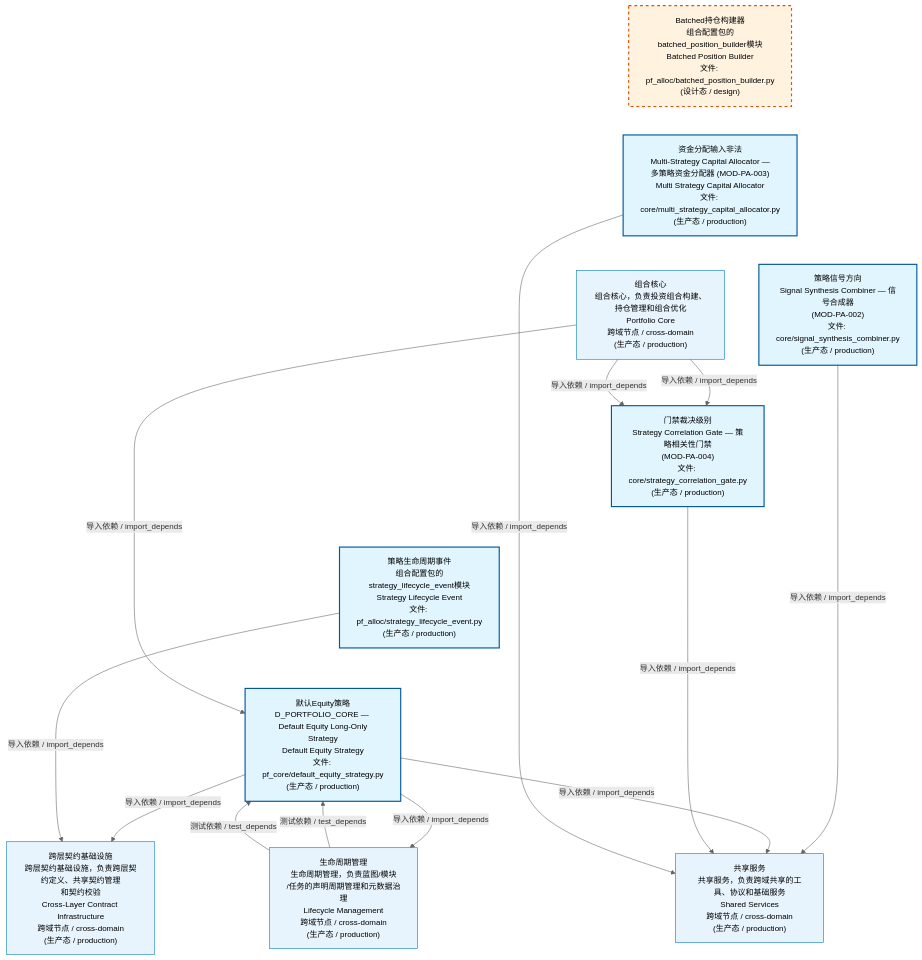
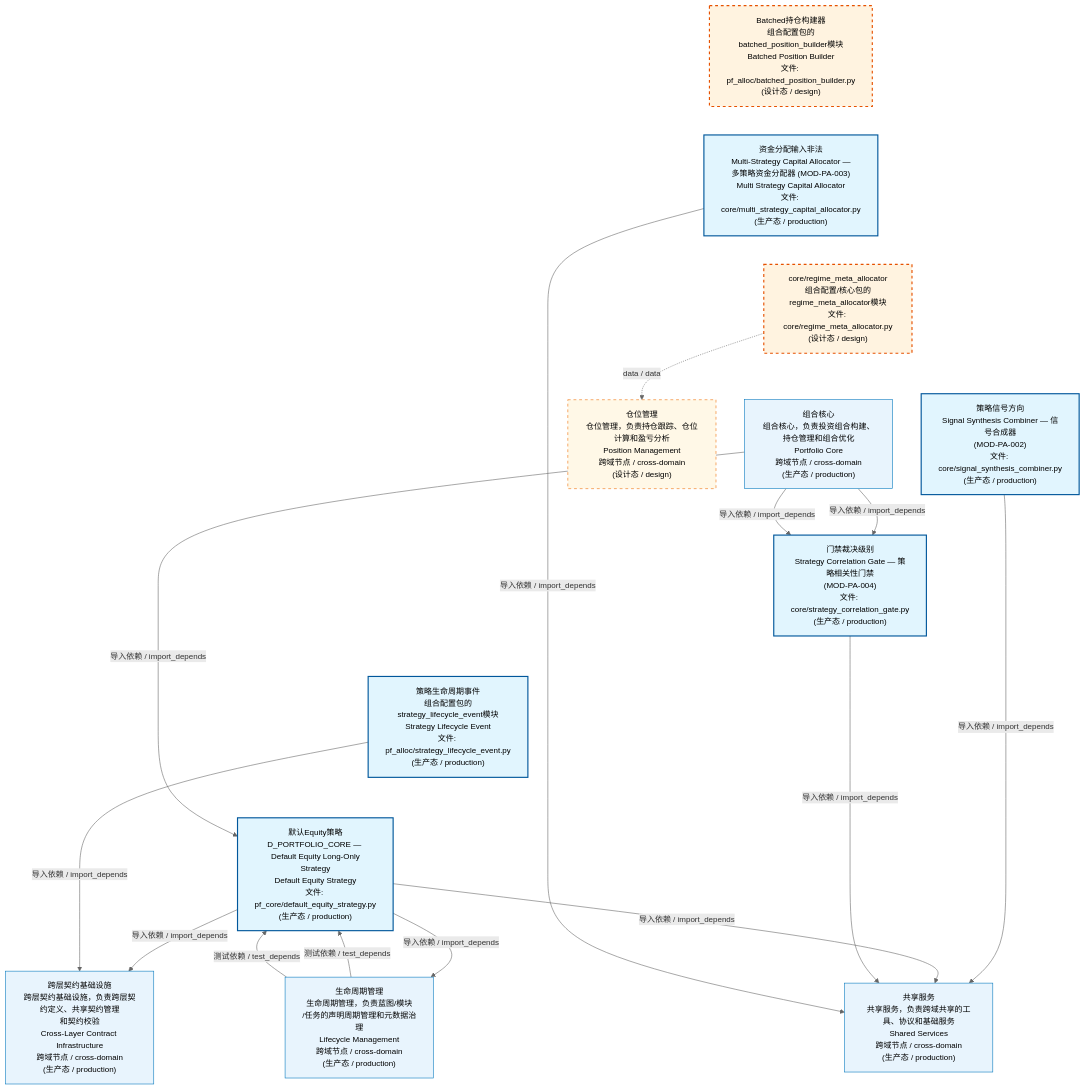
The first of 4 diagrams in docs/02_enterprise_architecture/02_domain_architecture_docs/62_d_pf_alloc.md (xuanFelixVan/ZephyrAlpha), drawn with Mermaid before and after one commit. The commit also changed other lines of this file and 94 other files, not shown here.

````diff
--- a/docs/02_enterprise_architecture/02_domain_architecture_docs/62_d_pf_alloc.md
+++ b/docs/02_enterprise_architecture/02_domain_architecture_docs/62_d_pf_alloc.md
@@ -53,38 +53,43 @@
 ```mermaid
 %%{init: {'theme': 'base', 'themeVariables': {'primaryColor': '#eaeaea', 'primaryTextColor': '#333333', 'primaryBorderColor': '#666666', 'lineColor': '#666666', 'secondaryColor': '#eaeaea', 'tertiaryColor': '#eaeaea', 'fontSize': '14px'}}}%%
 flowchart TD
     src_zephyr_pf_alloc_batched_position_builder_py["Batched持仓构建器<br/>组合配置包的batched_position_builder模块<br/>Batched Position Builder<br/>文件: pf_alloc/batched_position_builder.py<br/>(设计态 / design)"]
     src_zephyr_pf_alloc_core_multi_strategy_capital_allocator_py["资金分配输入非法<br/>Multi-Strategy Capital Allocator —<br/>多策略资金分配器 (MOD-PA-003)<br/>Multi Strategy Capital Allocator<br/>文件: core/multi_strategy_capital_allocator.py<br/>(生产态 / production)"]
+    src_zephyr_pf_alloc_core_regime_meta_allocator_py["core/regime_meta_allocator<br/>组合配置/核心包的regime_meta_allocator模块<br/>文件: core/regime_meta_allocator.py<br/>(设计态 / design)"]
     src_zephyr_pf_alloc_core_signal_synthesis_combiner_py["策略信号方向<br/>Signal Synthesis Combiner — 信号合成器<br/>(MOD-PA-002)<br/>文件: core/signal_synthesis_combiner.py<br/>(生产态 / production)"]
     src_zephyr_pf_alloc_core_strategy_correlation_gate_py["门禁裁决级别<br/>Strategy Correlation Gate — 策略相关性门禁<br/>(MOD-PA-004)<br/>文件: core/strategy_correlation_gate.py<br/>(生产态 / production)"]
     src_zephyr_pf_alloc_strategy_lifecycle_event_py["策略生命周期事件<br/>组合配置包的strategy_lifecycle_event模块<br/>Strategy Lifecycle Event<br/>文件: pf_alloc/strategy_lifecycle_event.py<br/>(生产态 / production)"]
     src_zephyr_pf_core_default_equity_strategy_py["默认Equity策略<br/>D_PORTFOLIO_CORE — Default Equity Long-Only<br/>Strategy<br/>Default Equity Strategy<br/>文件: pf_core/default_equity_strategy.py<br/>(生产态 / production)"]
     src_zephyr_pf_alloc_batched_position_builder_py ~~~ src_zephyr_pf_alloc_core_multi_strategy_capital_allocator_py
-    src_zephyr_pf_alloc_core_multi_strategy_capital_allocator_py ~~~ src_zephyr_pf_alloc_core_signal_synthesis_combiner_py
+    src_zephyr_pf_alloc_core_multi_strategy_capital_allocator_py ~~~ src_zephyr_pf_alloc_core_regime_meta_allocator_py
+    src_zephyr_pf_alloc_core_regime_meta_allocator_py ~~~ src_zephyr_pf_alloc_core_signal_synthesis_combiner_py
     src_zephyr_pf_alloc_core_signal_synthesis_combiner_py ~~~ src_zephyr_pf_alloc_core_strategy_correlation_gate_py
     src_zephyr_pf_alloc_core_strategy_correlation_gate_py ~~~ src_zephyr_pf_alloc_strategy_lifecycle_event_py
     src_zephyr_pf_alloc_strategy_lifecycle_event_py ~~~ src_zephyr_pf_core_default_equity_strategy_py
+    D_POSITION["仓位管理<br/>仓位管理，负责持仓跟踪、仓位计算和盈亏分析<br/>Position Management<br/>跨域节点 / cross-domain<br/>(设计态 / design)"]
+    src_zephyr_pf_alloc_core_regime_meta_allocator_py -.->|data / data| D_POSITION
     D_GOVERNANCE["生命周期管理<br/>生命周期管理，负责蓝图/模块<br/>/任务的声明周期管理和元数据治理<br/>Lifecycle Management<br/>跨域节点 / cross-domain<br/>(生产态 / production)"]
     src_zephyr_pf_core_default_equity_strategy_py -->|导入依赖 / import_depends| D_GOVERNANCE
     D_SHARED["共享服务<br/>共享服务，负责跨域共享的工具、协议和基础服务<br/>Shared Services<br/>跨域节点 / cross-domain<br/>(生产态 / production)"]
     src_zephyr_pf_alloc_core_signal_synthesis_combiner_py -->|导入依赖 / import_depends| D_SHARED
     src_zephyr_pf_core_default_equity_strategy_py -->|导入依赖 / import_depends| D_SHARED
     src_zephyr_pf_alloc_core_strategy_correlation_gate_py -->|导入依赖 / import_depends| D_SHARED
     src_zephyr_pf_alloc_core_multi_strategy_capital_allocator_py -->|导入依赖 / import_depends| D_SHARED
     D_INFRASTRUCTURE["跨层契约基础设施<br/>跨层契约基础设施，负责跨层契约定义、共享契约管理<br/>和契约校验<br/>Cross-Layer Contract Infrastructure<br/>跨域节点 / cross-domain<br/>(生产态 / production)"]
     src_zephyr_pf_core_default_equity_strategy_py -->|导入依赖 / import_depends| D_INFRASTRUCTURE
     src_zephyr_pf_alloc_strategy_lifecycle_event_py -->|导入依赖 / import_depends| D_INFRASTRUCTURE
     D_PF_CORE["组合核心<br/>组合核心，负责投资组合构建、持仓管理和组合优化<br/>Portfolio Core<br/>跨域节点 / cross-domain<br/>(生产态 / production)"]
     D_PF_CORE -->|导入依赖 / import_depends| src_zephyr_pf_alloc_core_strategy_correlation_gate_py
     D_GOVERNANCE -->|测试依赖 / test_depends| src_zephyr_pf_core_default_equity_strategy_py
     D_GOVERNANCE -->|测试依赖 / test_depends| src_zephyr_pf_core_default_equity_strategy_py
     D_PF_CORE -->|导入依赖 / import_depends| src_zephyr_pf_alloc_core_strategy_correlation_gate_py
     D_PF_CORE -->|导入依赖 / import_depends| src_zephyr_pf_core_default_equity_strategy_py
     classDef production fill:#e1f5fe,stroke:#01579b,stroke-width:2px,color:#000
     classDef design fill:#fff3e0,stroke:#e65100,stroke-width:2px,color:#000,stroke-dasharray: 5 5
     classDef external_prod fill:#e8f4fd,stroke:#0277bd,stroke-width:1px,color:#000
     classDef external_design fill:#fff8e7,stroke:#ef6c00,stroke-width:1px,color:#000,stroke-dasharray: 5 5
     class src_zephyr_pf_alloc_core_multi_strategy_capital_allocator_py,src_zephyr_pf_alloc_core_signal_synthesis_combiner_py,src_zephyr_pf_alloc_core_strategy_correlation_gate_py,src_zephyr_pf_alloc_strategy_lifecycle_event_py,src_zephyr_pf_core_default_equity_strategy_py production
-    class src_zephyr_pf_alloc_batched_position_builder_py design
+    class src_zephyr_pf_alloc_batched_position_builder_py,src_zephyr_pf_alloc_core_regime_meta_allocator_py design
     class D_GOVERNANCE,D_SHARED,D_INFRASTRUCTURE,D_PF_CORE external_prod
+    class D_POSITION external_design
 ```
````
